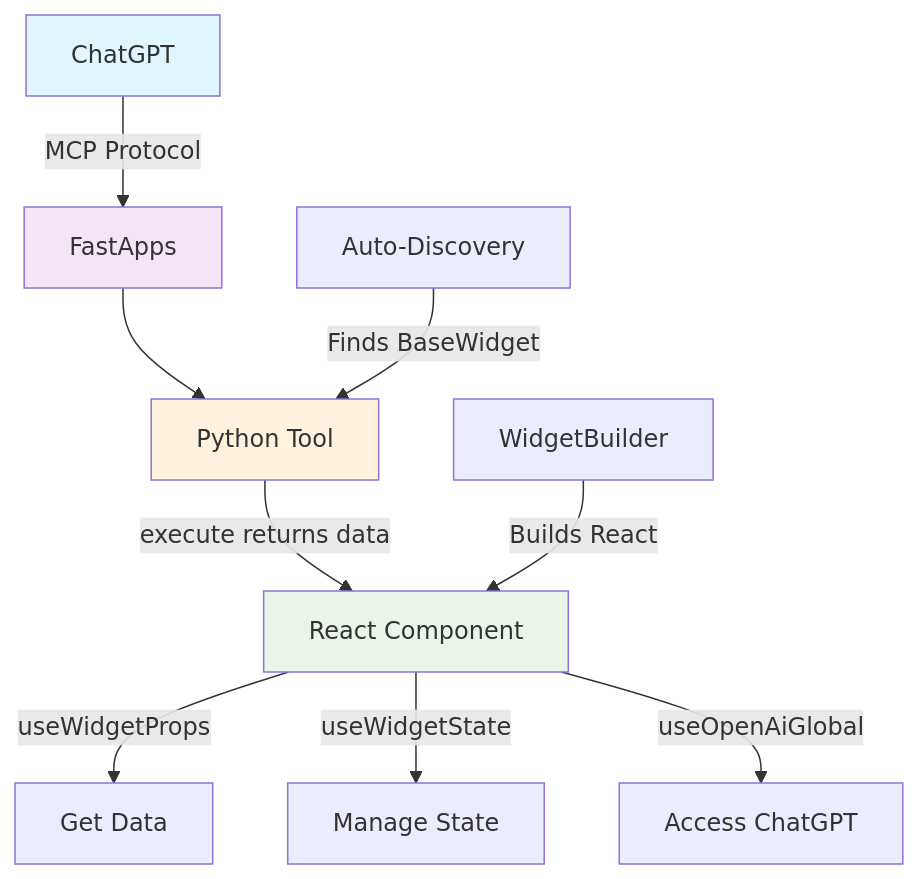
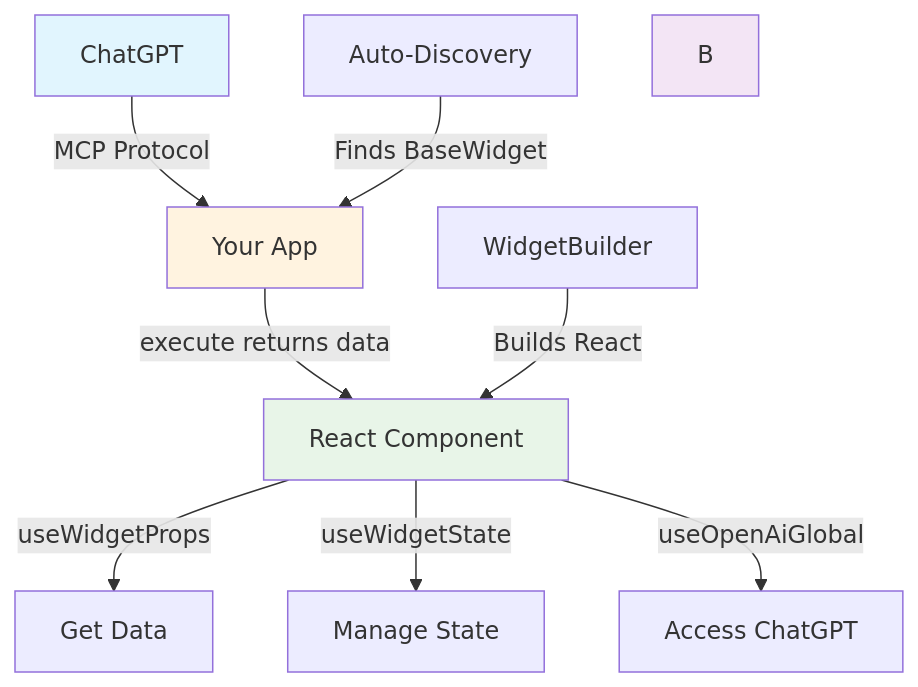
One commit to DooiLabs/fastapps_docs changed the diagram in what-is-fastapps/index.mdx. Above: the diagram before and after it, drawn with Mermaid. The commit also changed other lines of this file and 1 other file, not shown here.

Commit message:
Documentation edits made through Mintlify web editor

````diff
--- a/what-is-fastapps/index.mdx
+++ b/what-is-fastapps/index.mdx
@@ -80,19 +80,18 @@
 ```mermaid
 graph TD
-    A[ChatGPT] -->|MCP Protocol| B[FastApps]
+    A[ChatGPT] -->|MCP Protocol| C[Your App]
     
-    B --> C[Python Tool]
     C -->|execute returns data| D[React Component]
     
     D -->|useWidgetProps| E[Get Data]
     D -->|useWidgetState| F[Manage State]
     D -->|useOpenAiGlobal| G[Access ChatGPT]
     
     H[Auto-Discovery] -->|Finds BaseWidget| C
     I[WidgetBuilder] -->|Builds React| D
     
     style A fill:#e1f5fe
     style B fill:#f3e5f5
     style C fill:#fff3e0
     style D fill:#e8f5e8
 ```
````
